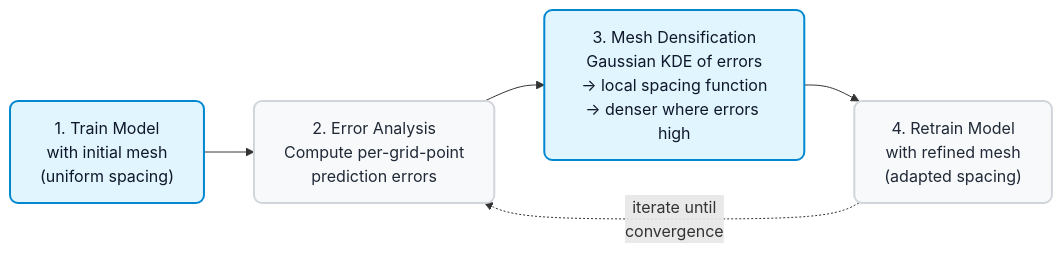
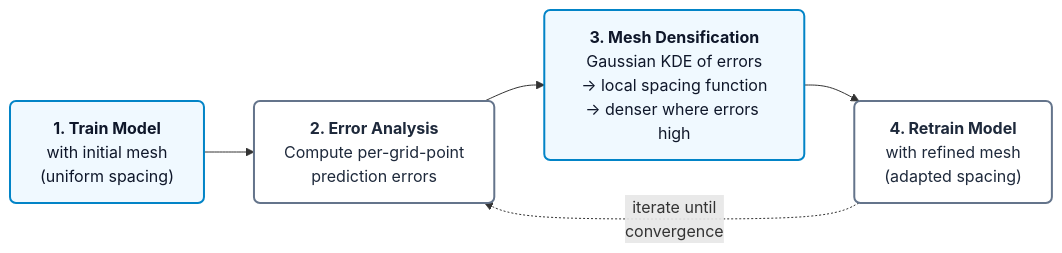
One commit to prajwal-tech07/Gsoc_test changed the ninth of 11 diagrams in GSoC_Project_Created_By_Antigravity.md. Above: the diagram before and after it, drawn with Mermaid. The commit also changed other lines of this file, not shown here.

First line of the commit message:
Refactor mermaid diagrams and improve text clarity

````diff
--- a/GSoC_Project_Created_By_Antigravity.md
+++ b/GSoC_Project_Created_By_Antigravity.md
@@ -498,13 +580,17 @@
 ```mermaid
 flowchart LR
-    classDef default fill:#f8f9fa,stroke:#d1d5db,stroke-width:2px,rx:8px,color:#1f2937
-    classDef highlight fill:#e1f5fe,stroke:#0288d1,stroke-width:2px,rx:8px,color:#0f172a
+    %% Professional Styling: Slate borders, crisp whites, and corporate blue highlights
+    classDef default fill:#ffffff,stroke:#64748b,stroke-width:2px,rx:6px,color:#1e293b
+    classDef highlight fill:#f0f9ff,stroke:#0284c7,stroke-width:2px,rx:6px,color:#0f172a
 
-    T1["1. Train Model\nwith initial mesh\n(uniform spacing)"]:::highlight
-    E["2. Error Analysis\nCompute per-grid-point\nprediction errors"]
-    R["3. Mesh Densification\nGaussian KDE of errors\n→ local spacing function\n→ denser where errors high"]:::highlight
-    T2["4. Retrain Model\nwith refined mesh\n(adapted spacing)"]
+    T1["<b>1. Train Model</b><br/>with initial mesh<br/>(uniform spacing)"]:::highlight
+    E["<b>2. Error Analysis</b><br/>Compute per-grid-point<br/>prediction errors"]
+    R["<b>3. Mesh Densification</b><br/>Gaussian KDE of errors<br/>→ local spacing function<br/>→ denser where errors high"]:::highlight
+    T2["<b>4. Retrain Model</b><br/>with refined mesh<br/>(adapted spacing)"]
 
+    %% Process flow
     T1 --> E --> R --> T2
-    T2 -.->|"iterate until\nconvergence"| E
+    
+    %% Feedback loop
+    T2 -.->|"iterate until<br/>convergence"| E
 ```
````
